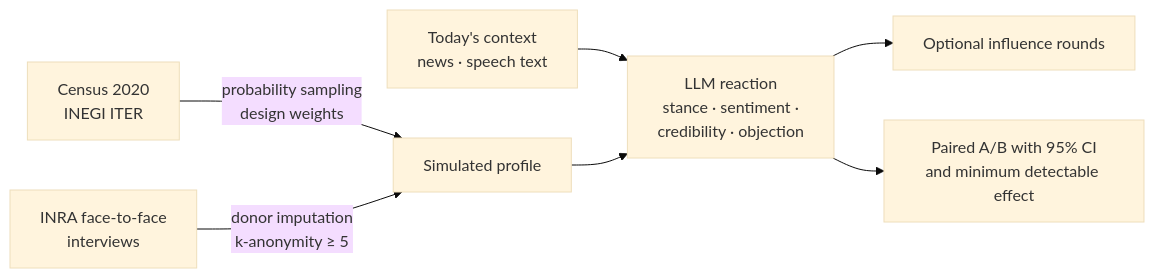
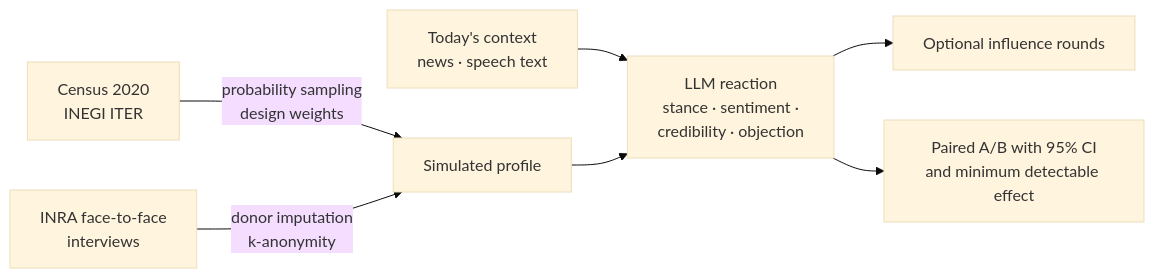
One commit to Neckr0ik/Neckr0ik changed the diagram in hybrid-intelligence/README.md. Above: the diagram before and after it, drawn with Mermaid (base theme). The commit also changed other lines of this file and 8 other files, not shown here.

````diff
--- a/hybrid-intelligence/README.md
+++ b/hybrid-intelligence/README.md
@@ -13,9 +13,9 @@
 ```mermaid
 flowchart LR
     A[Census 2020<br/>INEGI ITER] -->|probability sampling<br/>design weights| B[Simulated profile]
-    C[INRA face-to-face<br/>interviews] -->|donor imputation<br/>k-anonymity ≥ 5| B
+    C[INRA face-to-face<br/>interviews] -->|donor imputation<br/>k-anonymity| B
     D[Today's context<br/>news · speech text] --> E
     B --> E[LLM reaction<br/>stance · sentiment ·<br/>credibility · objection]
     E --> F[Optional influence rounds]
     E --> G[Paired A/B with 95% CI<br/>and minimum detectable effect]
 ```
````
